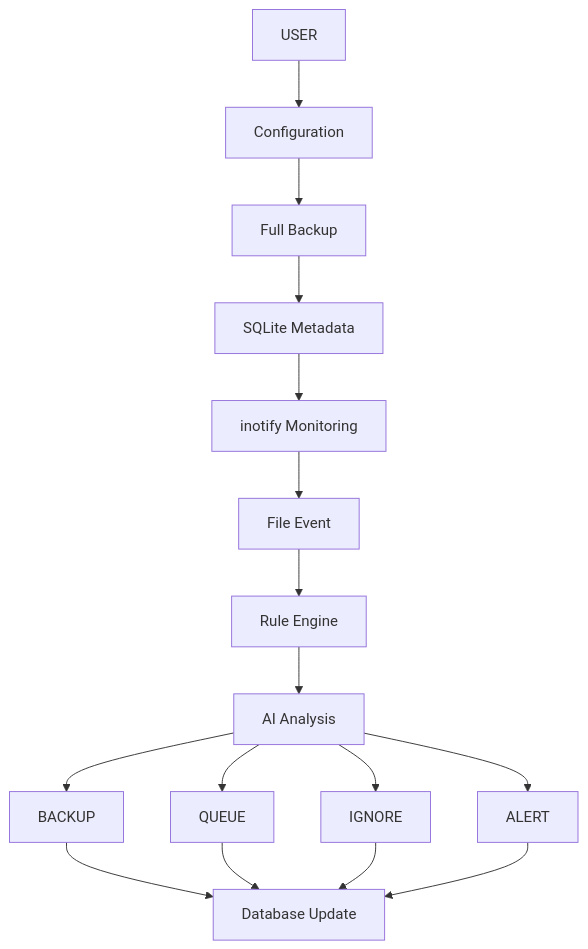
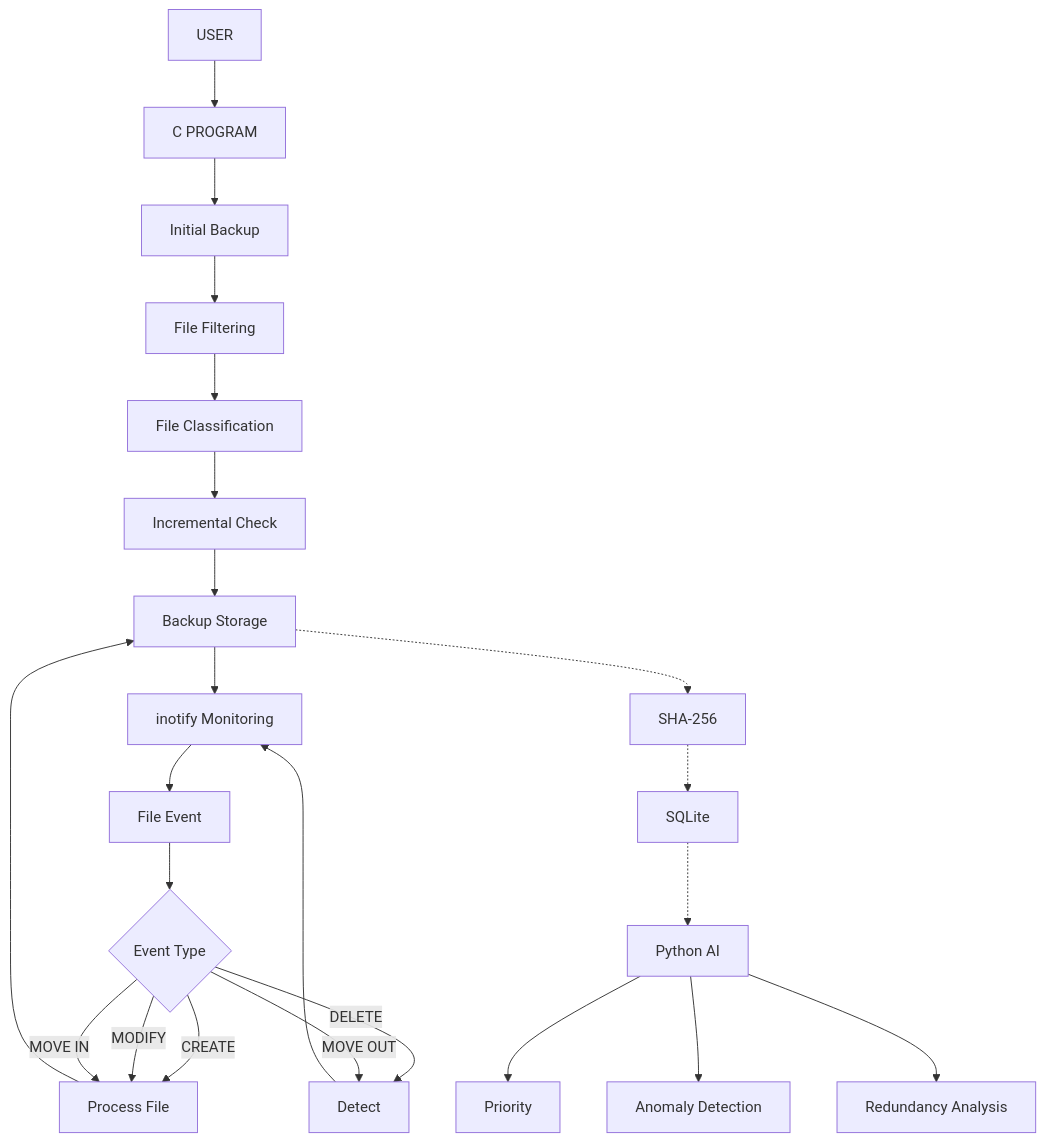
Diagram 12 of 13 in README.md (khushi10-coder/OS-PROJECT), drawn with Mermaid before and after one commit. The commit also changed other lines of this file, not shown here.

````diff
--- a/README.md
+++ b/README.md
@@ -484,20 +678,35 @@
 ```mermaid
 flowchart TD
-    A["USER"] --> B["Configuration"]
-    B --> C["Full Backup"]
-    C --> D["SQLite Metadata"]
-    D --> E["inotify Monitoring"]
-    E --> F["File Event"]
-    F --> G["Rule Engine"]
-    G --> H["AI Analysis"]
+    A["USER"] --> B["C PROGRAM"]
 
-    H --> I["BACKUP"]
-    H --> J["QUEUE"]
-    H --> K["IGNORE"]
-    H --> L["ALERT"]
+    B --> C["Initial Backup"]
 
-    I --> M["Database Update"]
-    J --> M
-    K --> M
-    L --> M
+    C --> D["File Filtering"]
+    D --> E["File Classification"]
+    E --> F["Incremental Check"]
+    F --> G["Backup Storage"]
+
+    G --> H["inotify Monitoring"]
+
+    H --> I["File Event"]
+
+    I --> J{"Event Type"}
+
+    J -->|CREATE| K["Process File"]
+    J -->|MODIFY| K
+    J -->|MOVE IN| K
+
+    J -->|DELETE| L["Detect"]
+    J -->|MOVE OUT| L
+
+    K --> G
+    L --> H
+
+    G -.-> M["SHA-256"]
+    M -.-> N["SQLite"]
+    N -.-> O["Python AI"]
+
+    O --> P["Priority"]
+    O --> Q["Anomaly Detection"]
+    O --> R["Redundancy Analysis"]
 ```
````
